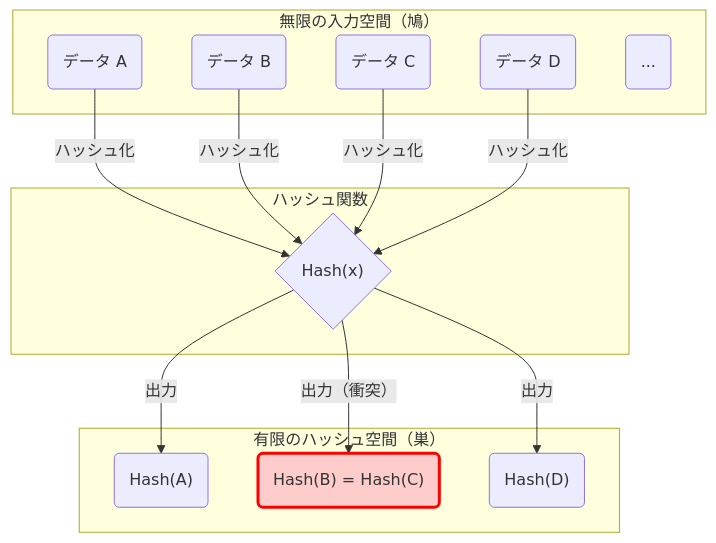
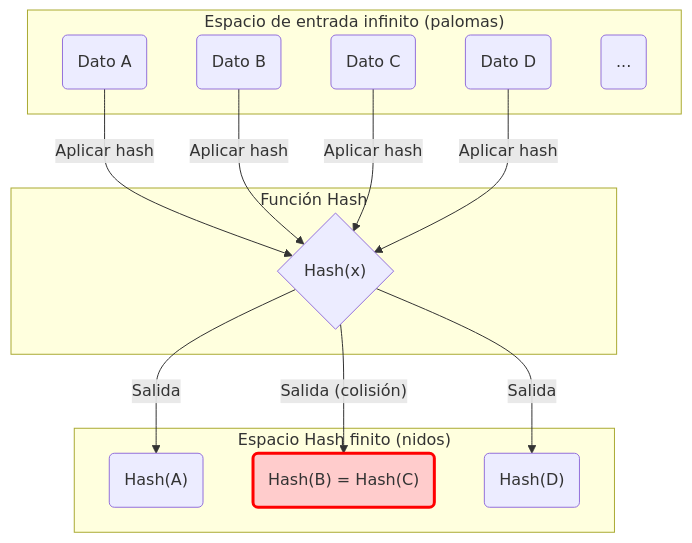
The first of 3 diagrams in content/post/pigeonhole-principle-hash-collision/index.es.md (kenjinote/blog), drawn with Mermaid before and after one commit. The commit also changed other lines of this file and 28 other files, not shown here.

Commit message:
Translate Japanese text inside Mermaid diagrams to respective languages

````diff
--- a/content/post/pigeonhole-principle-hash-collision/index.es.md
+++ b/content/post/pigeonhole-principle-hash-collision/index.es.md
@@ -70,31 +70,31 @@
 ```mermaid
 graph TD
-    subgraph "無限の入力空間（鳩）"
-        A("データ A")
-        B("データ B")
-        C("データ C")
-        D("データ D")
+    subgraph "Espacio de entrada infinito (palomas)"
+        A("Dato A")
+        B("Dato B")
+        C("Dato C")
+        D("Dato D")
         E("...")
     end
 
-    subgraph "ハッシュ関数"
+    subgraph "Función Hash"
         H{"Hash(x)"}
     end
 
-    subgraph "有限のハッシュ空間（巣）"
+    subgraph "Espacio Hash finito (nidos)"
         V1("Hash(A)")
         V2("Hash(B) = Hash(C)")
         V3("Hash(D)")
     end
 
-    A -->|"ハッシュ化"| H
-    B -->|"ハッシュ化"| H
-    C -->|"ハッシュ化"| H
-    D -->|"ハッシュ化"| H
+    A -->|"Aplicar hash"| H
+    B -->|"Aplicar hash"| H
+    C -->|"Aplicar hash"| H
+    D -->|"Aplicar hash"| H
 
-    H -->|"出力"| V1
-    H -->|"出力（衝突）"| V2
-    H -->|"出力"| V3
+    H -->|"Salida"| V1
+    H -->|"Salida (colisión)"| V2
+    H -->|"Salida"| V3
 
     style V2 fill:#ffcccc,stroke:#ff0000,stroke-width:3px;
 ```
````
